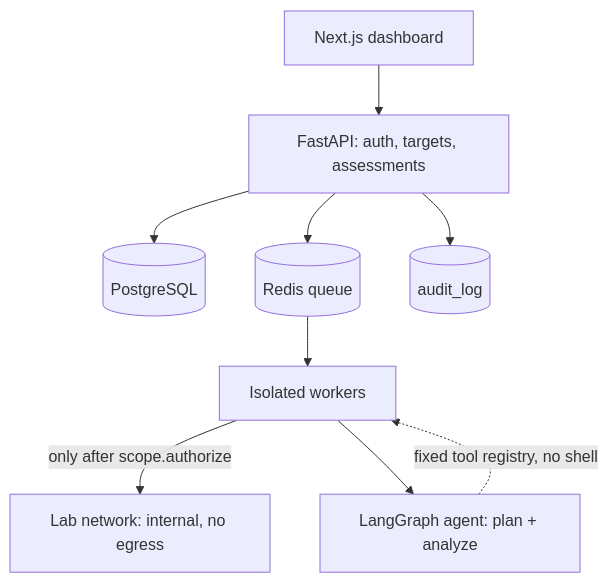
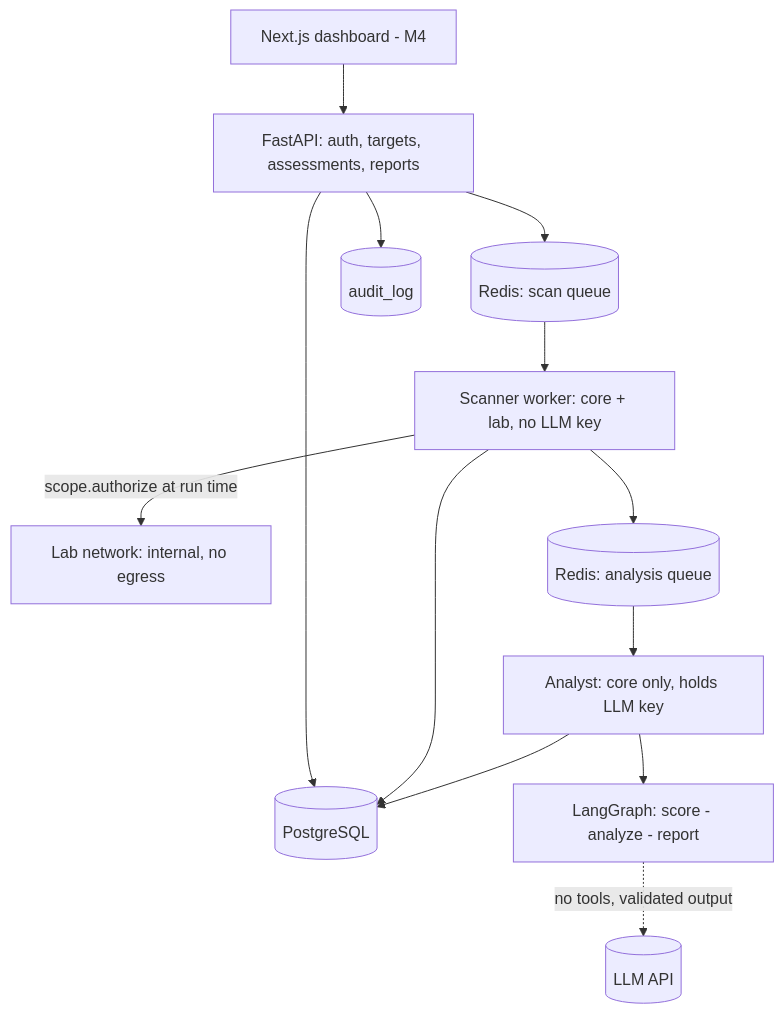
Before and after one commit to El9Jefe5/ai-hackerbot: the diagram in docs/architecture/overview.md, drawn with Mermaid. The commit also changed other lines of this file and 3 other files, not shown here.

````diff
--- a/docs/architecture/overview.md
+++ b/docs/architecture/overview.md
@@ -3,11 +3,15 @@
 ```mermaid
 flowchart TB
-  UI[Next.js dashboard] --> API[FastAPI: auth, targets, assessments]
+  UI[Next.js dashboard - M4] --> API[FastAPI: auth, targets, assessments, reports]
   API --> DB[(PostgreSQL)]
-  API --> Q[(Redis queue)]
-  Q --> W[Isolated workers]
-  W -->|only after scope.authorize| LAB[Lab network: internal, no egress]
-  W --> AG[LangGraph agent: plan + analyze]
-  AG -.->|fixed tool registry, no shell| W
+  API --> Q1[(Redis: scan queue)]
+  Q1 --> W[Scanner worker: core + lab, no LLM key]
+  W -->|scope.authorize at run time| LAB[Lab network: internal, no egress]
+  W --> DB
+  W --> Q2[(Redis: analysis queue)]
+  Q2 --> AN[Analyst: core only, holds LLM key]
+  AN --> G[LangGraph: score - analyze - report]
+  G -.->|no tools, validated output| LLM[(LLM API)]
+  AN --> DB
   API --> AUD[(audit_log)]
 ```
````
